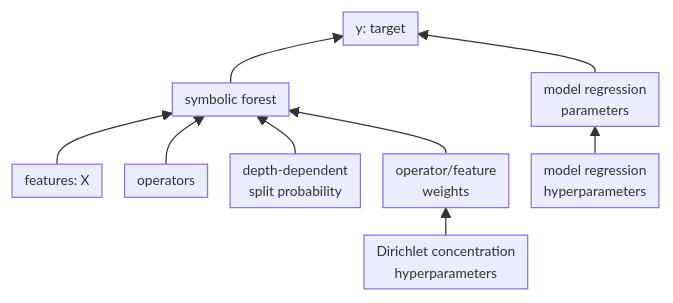
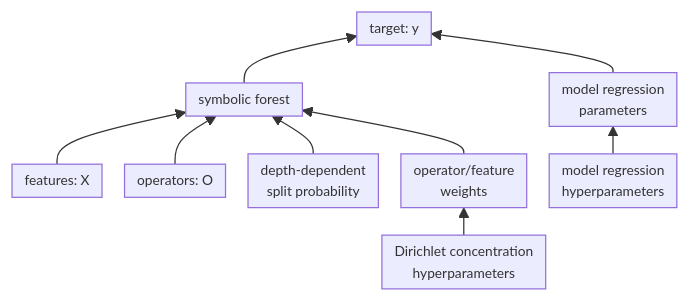
Before and after one commit to Roy-SR-007/BayeSymX: the first of 2 diagrams in README.md, drawn with Mermaid. The commit also changed other lines of this file and 15 other files, not shown here.

````diff
--- a/README.md
+++ b/README.md
@@ -62,21 +62,21 @@
 ```mermaid
 %%{init: {
   "themeVariables": {
     "fontSize": "11px"
   },
   "flowchart": {
     "nodeSpacing": 18,
     "rankSpacing": 22,
     "padding": 5
   }
 }}%%
 flowchart BT
     A["features: X"] --> B["symbolic forest"]
-    C["operators"] --> B
+    C["operators: O"] --> B
     D["depth-dependent<br/>split probability"] --> B
     E["operator/feature<br/>weights"] --> B
     F["Dirichlet concentration</br>hyperparameters"] --> E
     G["model regression<br/>hyperparameters"] --> H["model regression<br/>parameters"]
-    B --> I["y: target"]
+    B --> I["target: y"]
     H --> I
 ```
````
